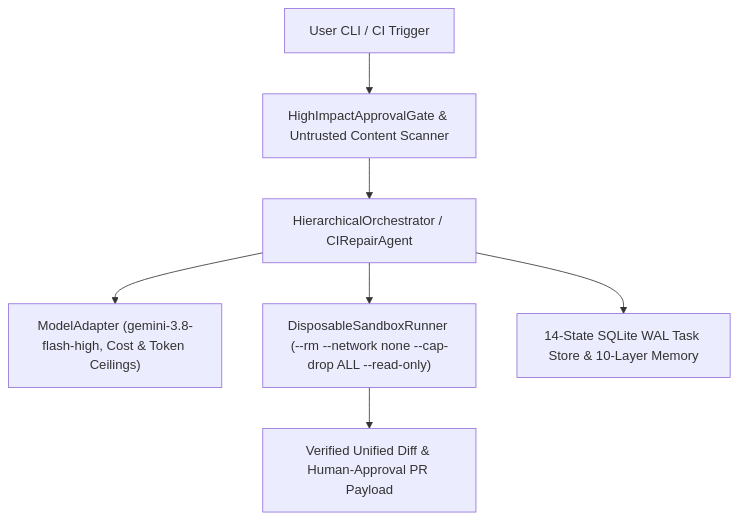
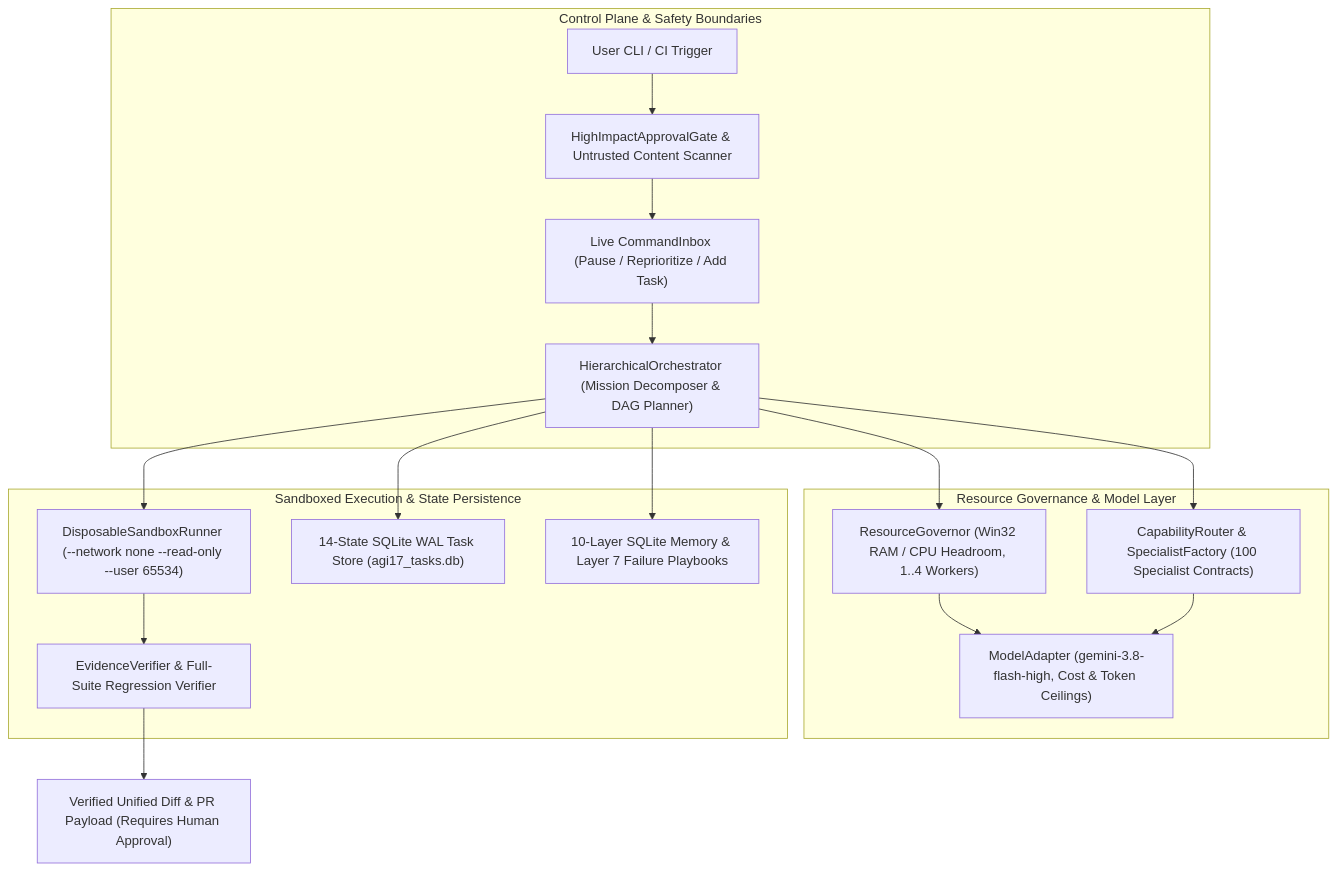
The diagram in README.md (Abhishek200416/AGI-1.6V), drawn with Mermaid before and after one commit. The commit also changed other lines of this file, not shown here.

Commit message:
docs(readme): organize agent architecture, 100 specialist inventory & verified scores

````diff
--- a/README.md
+++ b/README.md
@@ -67,9 +28,24 @@
 ```mermaid
 flowchart TB
-    U["User CLI / CI Trigger"] --> GATE["HighImpactApprovalGate & Untrusted Content Scanner"]
-    GATE --> ORCH["HierarchicalOrchestrator / CIRepairAgent"]
-    ORCH --> MA["ModelAdapter (gemini-3.8-flash-high, Cost & Token Ceilings)"]
-    ORCH --> SBX["DisposableSandboxRunner (--rm --network none --cap-drop ALL --read-only)"]
-    ORCH --> DB["14-State SQLite WAL Task Store & 10-Layer Memory"]
-    SBX --> PR["Verified Unified Diff & Human-Approval PR Payload"]
+    subgraph ControlPlane ["Control Plane & Safety Boundaries"]
+        CLI["User CLI / CI Trigger"] --> GATE["HighImpactApprovalGate & Untrusted Content Scanner"]
+        GATE --> INBOX["Live CommandInbox (Pause / Reprioritize / Add Task)"]
+        INBOX --> ORCH["HierarchicalOrchestrator (Mission Decomposer & DAG Planner)"]
+    end
+
+    subgraph Governance ["Resource Governance & Model Layer"]
+        ORCH --> GOV["ResourceGovernor (Win32 RAM / CPU Headroom, 1..4 Workers)"]
+        ORCH --> ROUTER["CapabilityRouter & SpecialistFactory (100 Specialist Contracts)"]
+        GOV --> MA["ModelAdapter (gemini-3.8-flash-high, Cost & Token Ceilings)"]
+        ROUTER --> MA
+    end
+
+    subgraph Execution ["Sandboxed Execution & State Persistence"]
+        ORCH --> SBX["DisposableSandboxRunner (--network none --read-only --user 65534)"]
+        ORCH --> TASKDB["14-State SQLite WAL Task Store (agi17_tasks.db)"]
+        ORCH --> MEM["10-Layer SQLite Memory & Layer 7 Failure Playbooks"]
+        SBX --> VERIF["EvidenceVerifier & Full-Suite Regression Verifier"]
+    end
+
+    VERIF --> OUT["Verified Unified Diff & PR Payload (Requires Human Approval)"]
 ```
````
